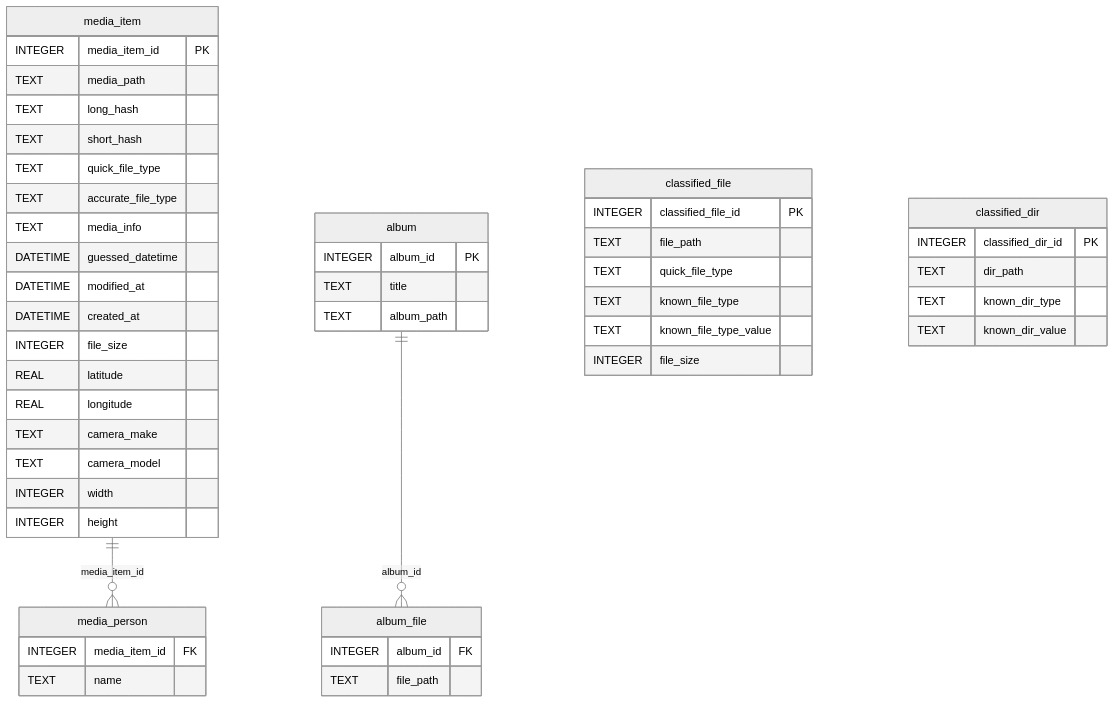
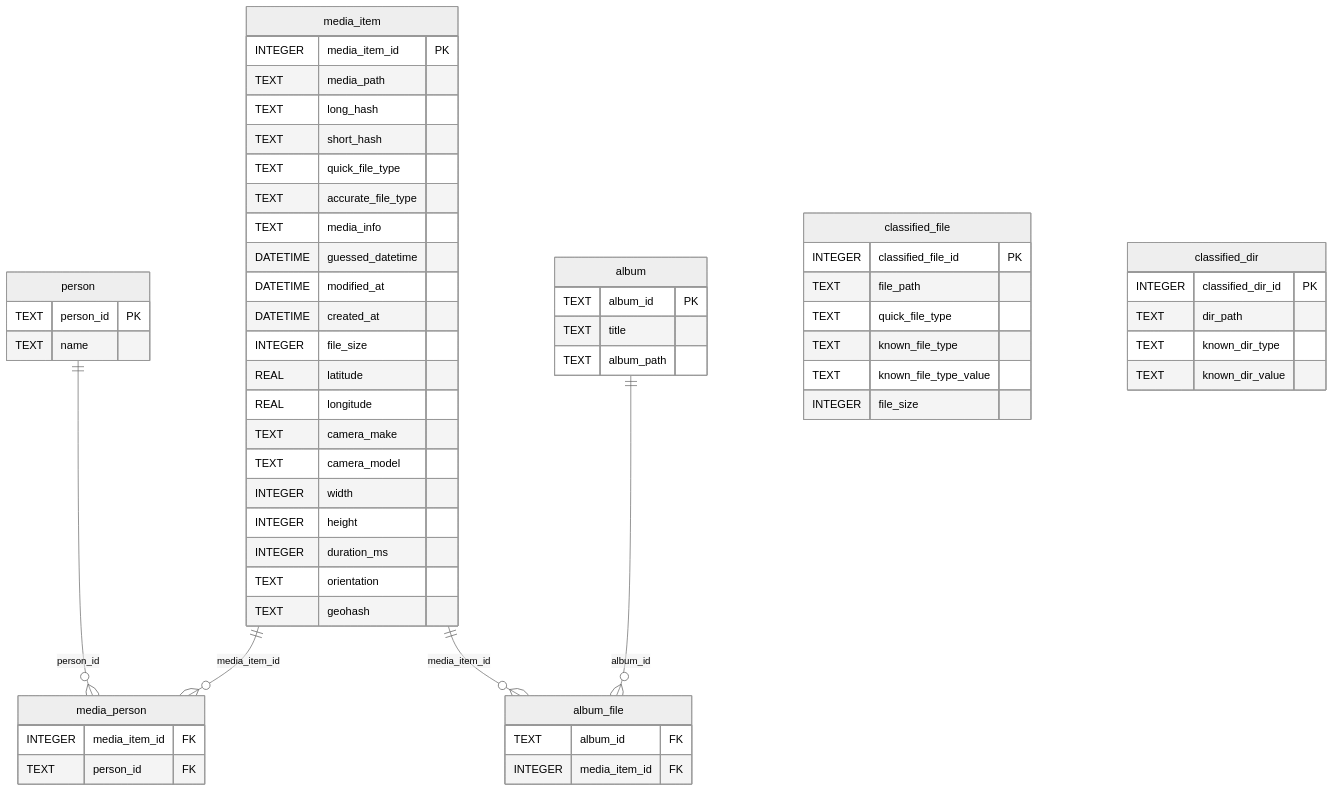
Before and after one commit to paultuckey/ptsync: the diagram in docs/db-schema.md, drawn with Mermaid (neutral theme). The commit also changed 6 other files, not shown here.

````diff
--- a/docs/db-schema.md
+++ b/docs/db-schema.md
@@ -6,51 +6,60 @@
 ```mermaid
 erDiagram
     media_item ||--o{ media_person : "media_item_id"
+    person ||--o{ media_person : "person_id"
     album ||--o{ album_file : "album_id"
+    media_item ||--o{ album_file : "media_item_id"
     media_item {
         INTEGER media_item_id PK
         TEXT media_path
         TEXT long_hash
         TEXT short_hash
         TEXT quick_file_type
         TEXT accurate_file_type
         TEXT media_info
         DATETIME guessed_datetime
         DATETIME modified_at
         DATETIME created_at
         INTEGER file_size
         REAL latitude
         REAL longitude
         TEXT camera_make
         TEXT camera_model
         INTEGER width
         INTEGER height
+        INTEGER duration_ms
+        TEXT orientation
+        TEXT geohash
+    }
+    person {
+        TEXT person_id PK
+        TEXT name
     }
     media_person {
         INTEGER media_item_id FK
-        TEXT name
+        TEXT person_id FK
     }
     album {
-        INTEGER album_id PK
+        TEXT album_id PK
         TEXT title
         TEXT album_path
     }
     album_file {
-        INTEGER album_id FK
-        TEXT file_path
+        TEXT album_id FK
+        INTEGER media_item_id FK
     }
     classified_file {
         INTEGER classified_file_id PK
         TEXT file_path
         TEXT quick_file_type
         TEXT known_file_type
         TEXT known_file_type_value
         INTEGER file_size
     }
     classified_dir {
         INTEGER classified_dir_id PK
         TEXT dir_path
         TEXT known_dir_type
         TEXT known_dir_value
     }
 ```
````
